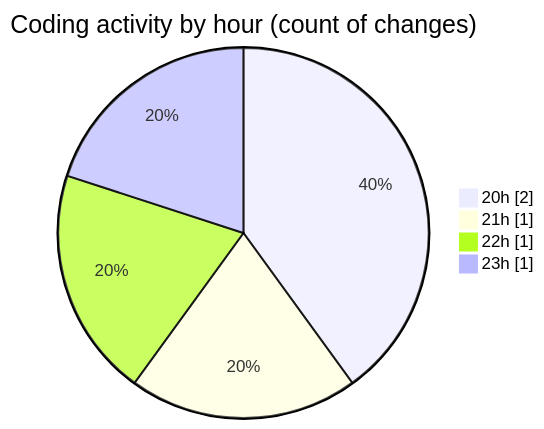
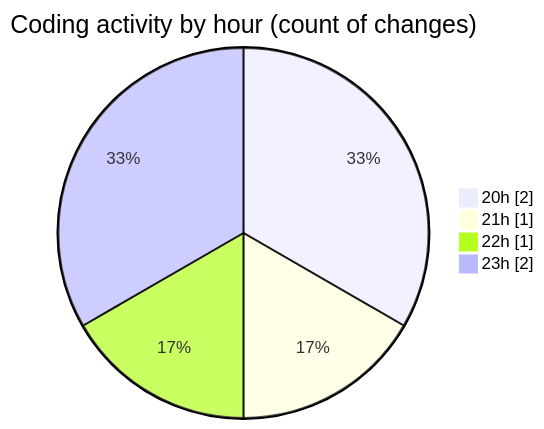
One commit to EIIisD/code-tracking changed the second of 2 diagrams in 2025-07-10/_config/README.md. Above: the diagram before and after it, drawn with Mermaid. The commit also changed other lines of this file and 1 other file, not shown here.

````diff
--- a/2025-07-10/_config/README.md
+++ b/2025-07-10/_config/README.md
@@ -28,8 +28,8 @@
 ```mermaid
 pie showData
 title Coding activity by hour (count of changes)
 "20h" : 2
 "21h" : 1
 "22h" : 1
-"23h" : 1
+"23h" : 2
 ```
````
